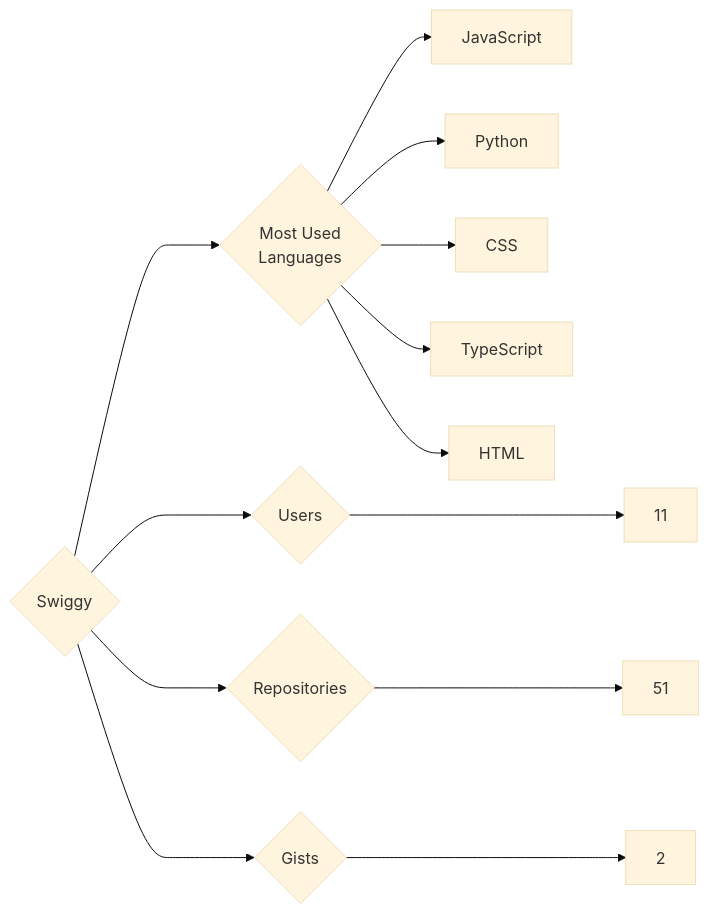
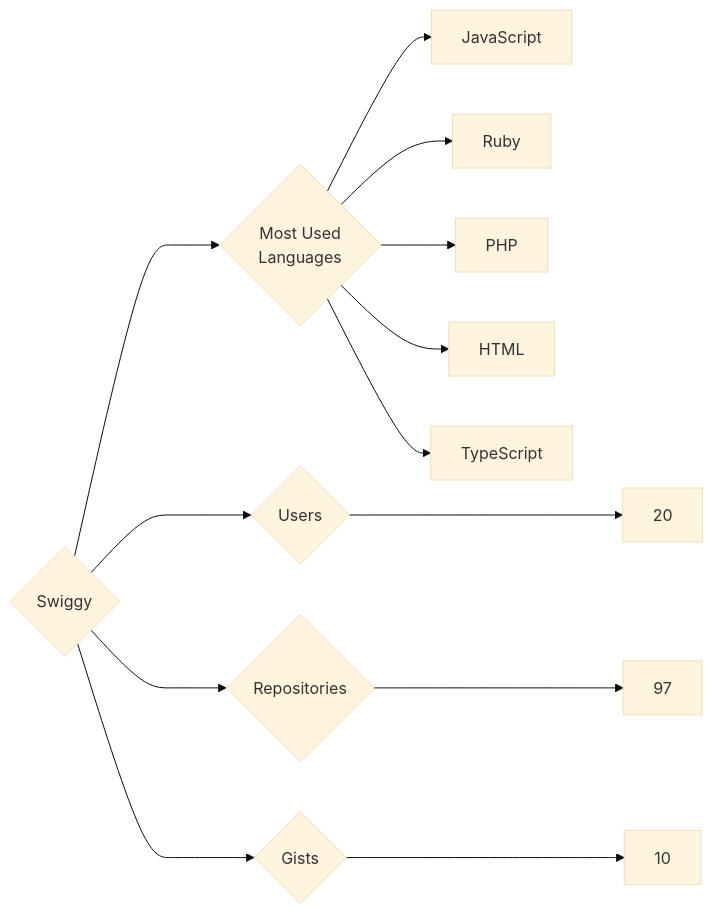
Before and after one commit to trickest/insiders: the diagram in targets/Swiggy/README.md, drawn with Mermaid (base theme). The commit also changed 886 other files, not shown here.

````diff
--- a/targets/Swiggy/README.md
+++ b/targets/Swiggy/README.md
@@ -3,13 +3,13 @@
 ```mermaid
 graph LR
 COMPANY_NAME{Swiggy}
-COMPANY_NAME ---> U{Users} ---> UN[11]
-COMPANY_NAME ---> R{Repositories} ---> RN[51]
-COMPANY_NAME ---> G{Gists} ---> GN[2]
+COMPANY_NAME ---> U{Users} ---> UN[20]
+COMPANY_NAME ---> R{Repositories} ---> RN[97]
+COMPANY_NAME ---> G{Gists} ---> GN[10]
 COMPANY_NAME ---> ML{Most Used<br>Languages}
 ML --> JavaScript[JavaScript]
-ML --> Python[Python]
-ML --> CSS[CSS]
+ML --> Ruby[Ruby]
+ML --> PHP[PHP]
+ML --> HTML[HTML]
 ML --> TypeScript[TypeScript]
-ML --> HTML[HTML]
 ```
````
